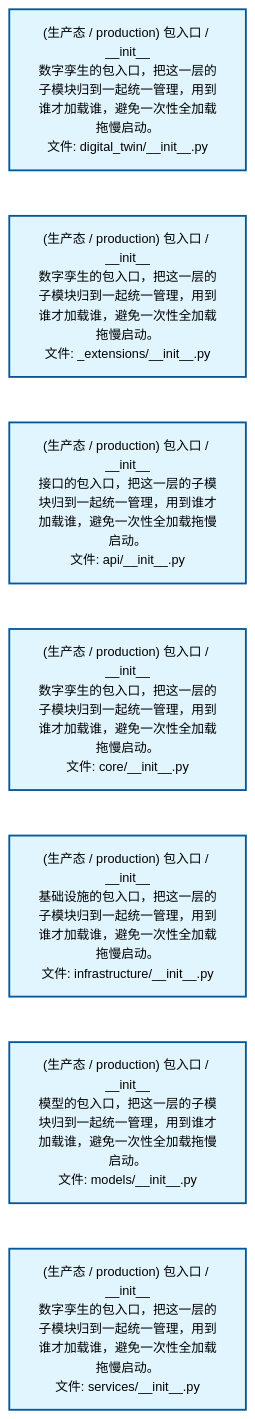
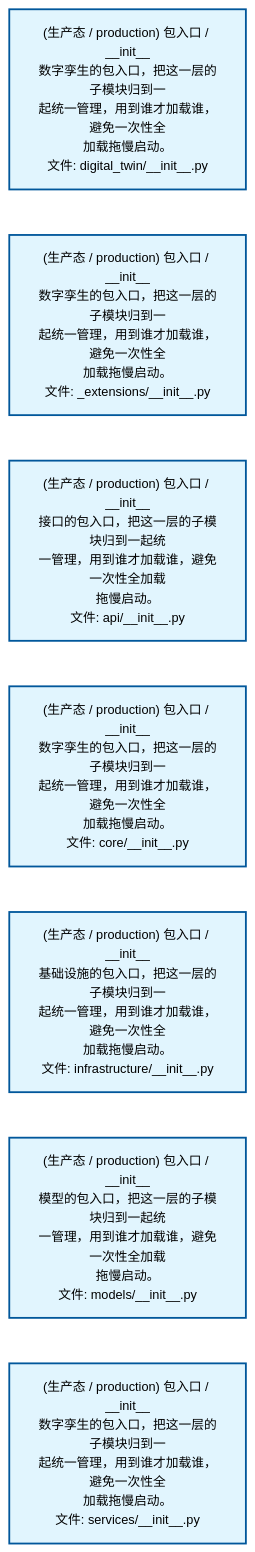
One commit to xuanFelixVan/ZephyrAlpha changed the second of 2 diagrams in docs/02_enterprise_architecture/02_domain_architecture_docs/42_d_digital_twin.md. Above: the diagram before and after it, drawn with Mermaid. The commit also changed other lines of this file and 59 other files, not shown here.

````diff
--- a/docs/02_enterprise_architecture/02_domain_architecture_docs/42_d_digital_twin.md
+++ b/docs/02_enterprise_architecture/02_domain_architecture_docs/42_d_digital_twin.md
@@ -80,22 +80,22 @@
 ```mermaid
 %%{init: {'theme': 'base', 'themeVariables': {'primaryColor': '#eaeaea', 'primaryTextColor': '#333333', 'primaryBorderColor': '#666666', 'lineColor': '#666666', 'secondaryColor': '#eaeaea', 'tertiaryColor': '#eaeaea', 'fontSize': '14px'}}}%%
 flowchart TD
-    src_zephyr_digital_twin_init_py["(生产态 / production) 包入口 / __init__<br/>数字孪生的包入口，把这一层的子模块归到一起统一管理，用到谁才加载谁，避免一次性全加载拖慢启动。<br/>文件: digital_twin/__init__.py"]
-    src_zephyr_digital_twin_extensions_init_py["(生产态 / production) 包入口 / __init__<br/>数字孪生的包入口，把这一层的子模块归到一起统一管理，用到谁才加载谁，避免一次性全加载拖慢启动。<br/>文件: _extensions/__init__.py"]
-    src_zephyr_digital_twin_api_init_py["(生产态 / production) 包入口 / __init__<br/>接口的包入口，把这一层的子模块归到一起统一管理，用到谁才加载谁，避免一次性全加载拖慢启动。<br/>文件: api/__init__.py"]
-    src_zephyr_digital_twin_core_init_py["(生产态 / production) 包入口 / __init__<br/>数字孪生的包入口，把这一层的子模块归到一起统一管理，用到谁才加载谁，避免一次性全加载拖慢启动。<br/>文件: core/__init__.py"]
-    src_zephyr_digital_twin_infrastructure_init_py["(生产态 / production) 包入口 / __init__<br/>基础设施的包入口，把这一层的子模块归到一起统一管理，用到谁才加载谁，避免一次性全加载拖慢启动。<br/>文件: infrastructure/__init__.py"]
-    src_zephyr_digital_twin_models_init_py["(生产态 / production) 包入口 / __init__<br/>模型的包入口，把这一层的子模块归到一起统一管理，用到谁才加载谁，避免一次性全加载拖慢启动。<br/>文件: models/__init__.py"]
-    src_zephyr_digital_twin_services_init_py["(生产态 / production) 包入口 / __init__<br/>数字孪生的包入口，把这一层的子模块归到一起统一管理，用到谁才加载谁，避免一次性全加载拖慢启动。<br/>文件: services/__init__.py"]
+    src_zephyr_digital_twin_init_py["(生产态 / production) 包入口 / __init__<br/>数字孪生的包入口，把这一层的子模块归到一<br/>起统一管理，用到谁才加载谁，避免一次性全<br/>加载拖慢启动。<br/>文件: digital_twin/__init__.py"]
+    src_zephyr_digital_twin_extensions_init_py["(生产态 / production) 包入口 / __init__<br/>数字孪生的包入口，把这一层的子模块归到一<br/>起统一管理，用到谁才加载谁，避免一次性全<br/>加载拖慢启动。<br/>文件: _extensions/__init__.py"]
+    src_zephyr_digital_twin_api_init_py["(生产态 / production) 包入口 / __init__<br/>接口的包入口，把这一层的子模块归到一起统<br/>一管理，用到谁才加载谁，避免一次性全加载<br/>拖慢启动。<br/>文件: api/__init__.py"]
+    src_zephyr_digital_twin_core_init_py["(生产态 / production) 包入口 / __init__<br/>数字孪生的包入口，把这一层的子模块归到一<br/>起统一管理，用到谁才加载谁，避免一次性全<br/>加载拖慢启动。<br/>文件: core/__init__.py"]
+    src_zephyr_digital_twin_infrastructure_init_py["(生产态 / production) 包入口 / __init__<br/>基础设施的包入口，把这一层的子模块归到一<br/>起统一管理，用到谁才加载谁，避免一次性全<br/>加载拖慢启动。<br/>文件: infrastructure/__init__.py"]
+    src_zephyr_digital_twin_models_init_py["(生产态 / production) 包入口 / __init__<br/>模型的包入口，把这一层的子模块归到一起统<br/>一管理，用到谁才加载谁，避免一次性全加载<br/>拖慢启动。<br/>文件: models/__init__.py"]
+    src_zephyr_digital_twin_services_init_py["(生产态 / production) 包入口 / __init__<br/>数字孪生的包入口，把这一层的子模块归到一<br/>起统一管理，用到谁才加载谁，避免一次性全<br/>加载拖慢启动。<br/>文件: services/__init__.py"]
     src_zephyr_digital_twin_init_py ~~~ src_zephyr_digital_twin_extensions_init_py
     src_zephyr_digital_twin_extensions_init_py ~~~ src_zephyr_digital_twin_api_init_py
     src_zephyr_digital_twin_api_init_py ~~~ src_zephyr_digital_twin_core_init_py
     src_zephyr_digital_twin_core_init_py ~~~ src_zephyr_digital_twin_infrastructure_init_py
     src_zephyr_digital_twin_infrastructure_init_py ~~~ src_zephyr_digital_twin_models_init_py
     src_zephyr_digital_twin_models_init_py ~~~ src_zephyr_digital_twin_services_init_py
     classDef production fill:#e1f5fe,stroke:#01579b,stroke-width:2px,color:#000
     classDef design fill:#fff3e0,stroke:#e65100,stroke-width:2px,color:#000,stroke-dasharray: 5 5
     classDef external_prod fill:#e8f4fd,stroke:#0277bd,stroke-width:1px,color:#000
     classDef external_design fill:#fff8e7,stroke:#ef6c00,stroke-width:1px,color:#000,stroke-dasharray: 5 5
     class src_zephyr_digital_twin_init_py,src_zephyr_digital_twin_extensions_init_py,src_zephyr_digital_twin_api_init_py,src_zephyr_digital_twin_core_init_py,src_zephyr_digital_twin_infrastructure_init_py,src_zephyr_digital_twin_models_init_py,src_zephyr_digital_twin_services_init_py production
 ```
````
